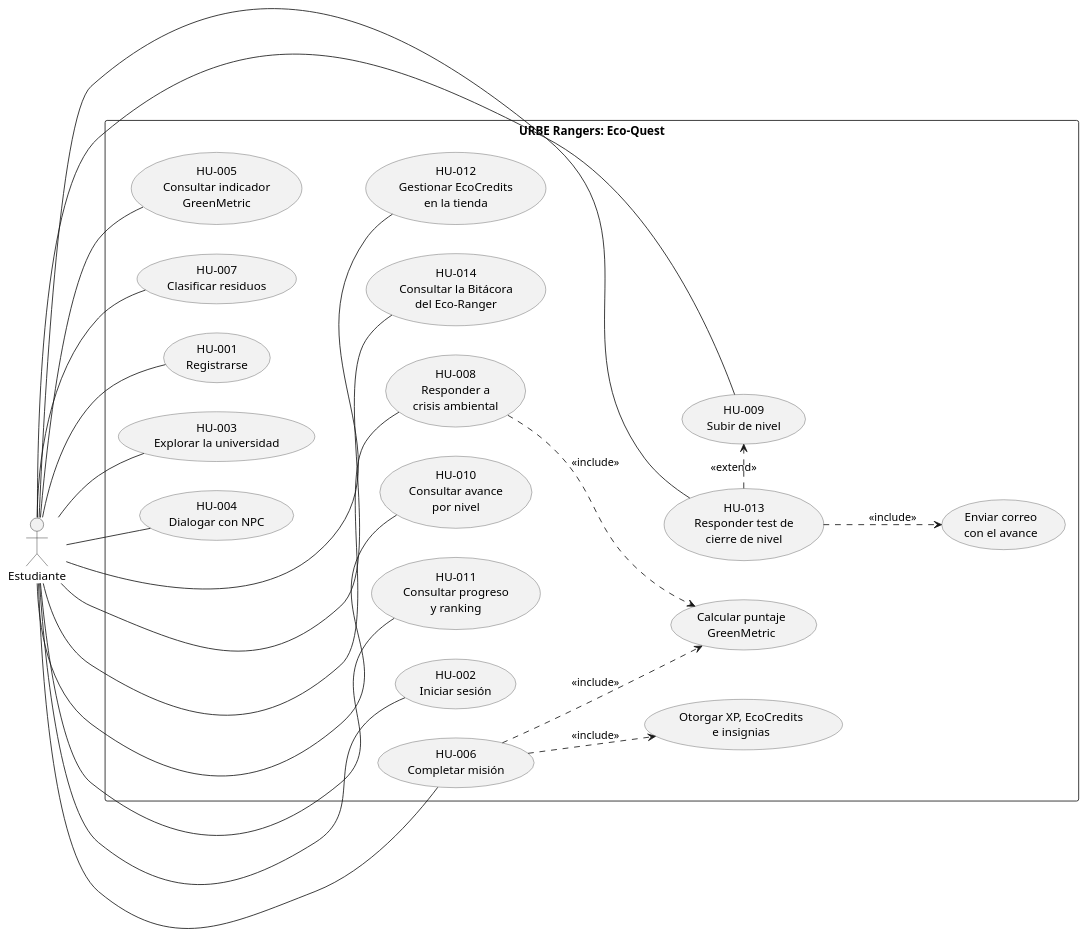
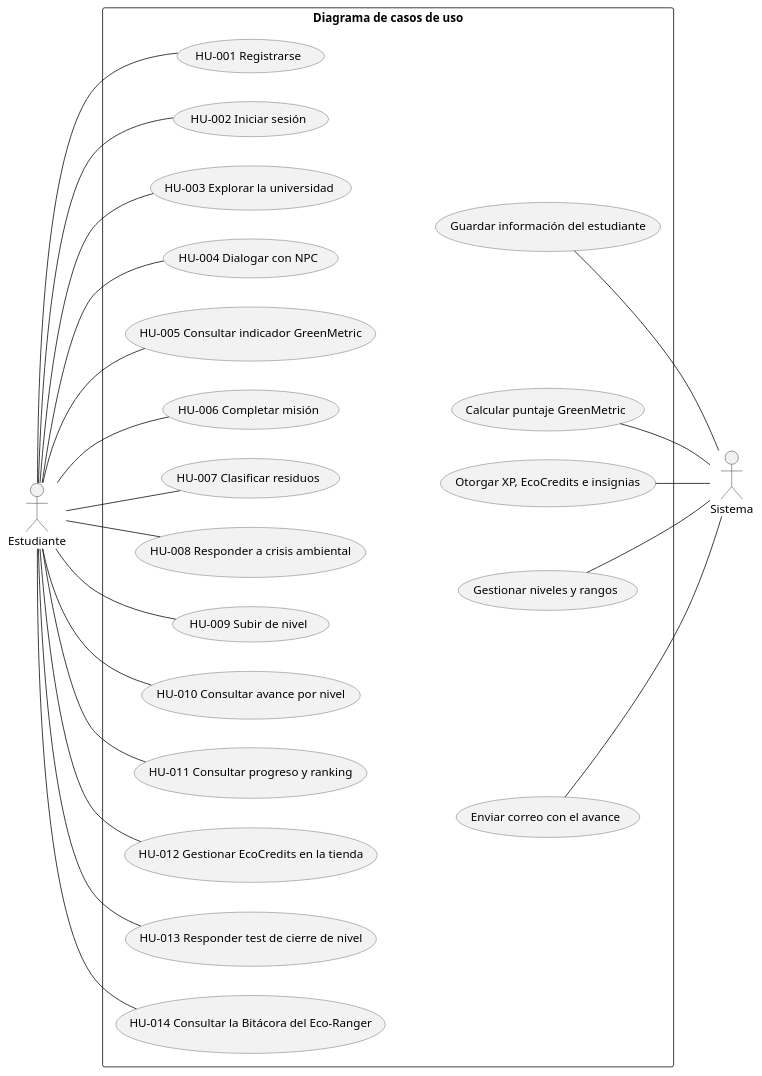
The diagram in docs/diagrama_casos_uso.puml (Ereyes05/green-metric-urbe), drawn with PlantUML before and after one commit. The commit also changed other lines of this file, not shown here.

Commit message:
docs: casos de uso con el formato de la figura original (Estudiante izq., Sistema der.)

```diff
--- a/docs/diagrama_casos_uso.puml
+++ b/docs/diagrama_casos_uso.puml
@@ -13,64 +11,61 @@
 @startuml
 left to right direction
 skinparam usecase {
   BackgroundColor #F2F2F2
   BorderColor #555555
 }
 
 actor Estudiante
+actor Sistema
 
-rectangle "URBE Rangers: Eco-Quest" {
-  usecase "HU-001\nRegistrarse" as HU1
-  usecase "HU-002\nIniciar sesión" as HU2
-  usecase "HU-003\nExplorar la universidad" as HU3
-  usecase "HU-004\nDialogar con NPC" as HU4
-  usecase "HU-005\nConsultar indicador\nGreenMetric" as HU5
-  usecase "HU-006\nCompletar misión" as HU6
-  usecase "HU-007\nClasificar residuos" as HU7
+rectangle "Diagrama de casos de uso" {
+  usecase "HU-001 Registrarse" as HU1
+  usecase "HU-002 Iniciar sesión" as HU2
+  usecase "HU-003 Explorar la universidad" as HU3
+  usecase "HU-004 Dialogar con NPC" as HU4
+  usecase "HU-005 Consultar indicador GreenMetric" as HU5
+  usecase "HU-006 Completar misión" as HU6
+  usecase "HU-007 Clasificar residuos" as HU7
+  usecase "HU-008 Responder a crisis ambiental" as HU8
+  usecase "HU-009 Subir de nivel" as HU9
+  usecase "HU-010 Consultar avance por nivel" as HU10
+  usecase "HU-011 Consultar progreso y ranking" as HU11
+  usecase "HU-012 Gestionar EcoCredits en la tienda" as HU12
+  usecase "HU-013 Responder test de cierre de nivel" as HU13
+  usecase "HU-014 Consultar la Bitácora del Eco-Ranger" as HU14
 
-  usecase "HU-008\nResponder a\ncrisis ambiental" as HU8
-  usecase "HU-009\nSubir de nivel" as HU9
-  usecase "HU-010\nConsultar avance\npor nivel" as HU10
-  usecase "HU-011\nConsultar progreso\ny ranking" as HU11
-  usecase "HU-012\nGestionar EcoCredits\nen la tienda" as HU12
-  usecase "HU-013\nResponder test de\ncierre de nivel" as HU13
-  usecase "HU-014\nConsultar la Bitácora\ndel Eco-Ranger" as HU14
-
-  usecase "Calcular puntaje\nGreenMetric" as S1
-  usecase "Otorgar XP, EcoCredits\ne insignias" as S2
-  usecase "Enviar correo\ncon el avance" as S5
+  usecase "Guardar información del estudiante" as S1
+  usecase "Calcular puntaje GreenMetric" as S2
+  usecase "Otorgar XP, EcoCredits e insignias" as S3
+  usecase "Gestionar niveles y rangos" as S4
+  usecase "Enviar correo con el avance" as S5
 }
 
-' Primera columna
 Estudiante -- HU1
 Estudiante -- HU2
 Estudiante -- HU3
 Estudiante -- HU4
 Estudiante -- HU5
 Estudiante -- HU6
 Estudiante -- HU7
-
-' Segunda columna: cada caso queda, invisible, a la derecha de uno de la primera
 Estudiante -- HU8
 Estudiante -- HU9
 Estudiante -- HU10
 Estudiante -- HU11
 Estudiante -- HU12
 Estudiante -- HU13
 Estudiante -- HU14
-HU1 -[hidden]-> HU8
-HU2 -[hidden]-> HU9
-HU3 -[hidden]-> HU10
-HU4 -[hidden]-> HU11
-HU5 -[hidden]-> HU12
-HU6 -[hidden]-> HU13
-HU7 -[hidden]-> HU14
 
-' Tercera columna: lo que hace el sistema dentro de cada historia
-HU10 -[hidden]-> S2
-HU6 ..> S1 : <<include>>
-HU6 ..> S2 : <<include>>
-HU8 ..> S1 : <<include>>
-HU13 ..> S5 : <<include>>
-HU13 .> HU9 : <<extend>>
+' Columna del sistema, repartida a lo alto junto a los casos que la usan
+HU2 -[hidden]-> S1
+HU6 -[hidden]-> S2
+HU7 -[hidden]-> S3
+HU9 -[hidden]-> S4
+HU13 -[hidden]-> S5
+
+S1 -- Sistema
+S2 -- Sistema
+S3 -- Sistema
+S4 -- Sistema
+S5 -- Sistema
 @enduml
```
